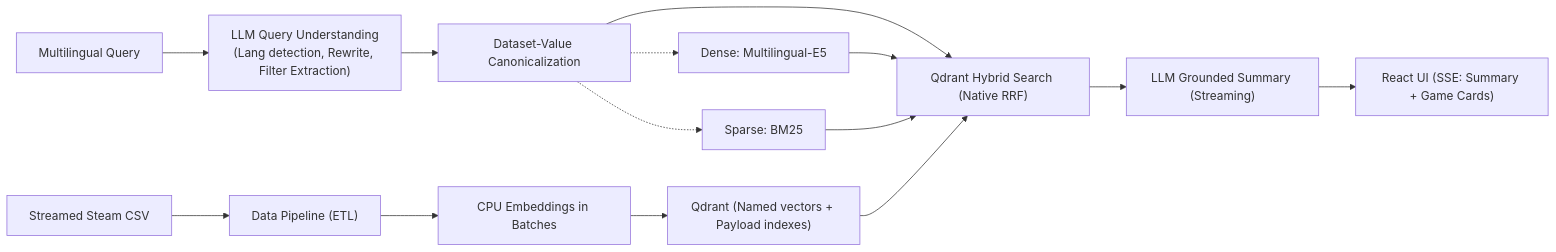
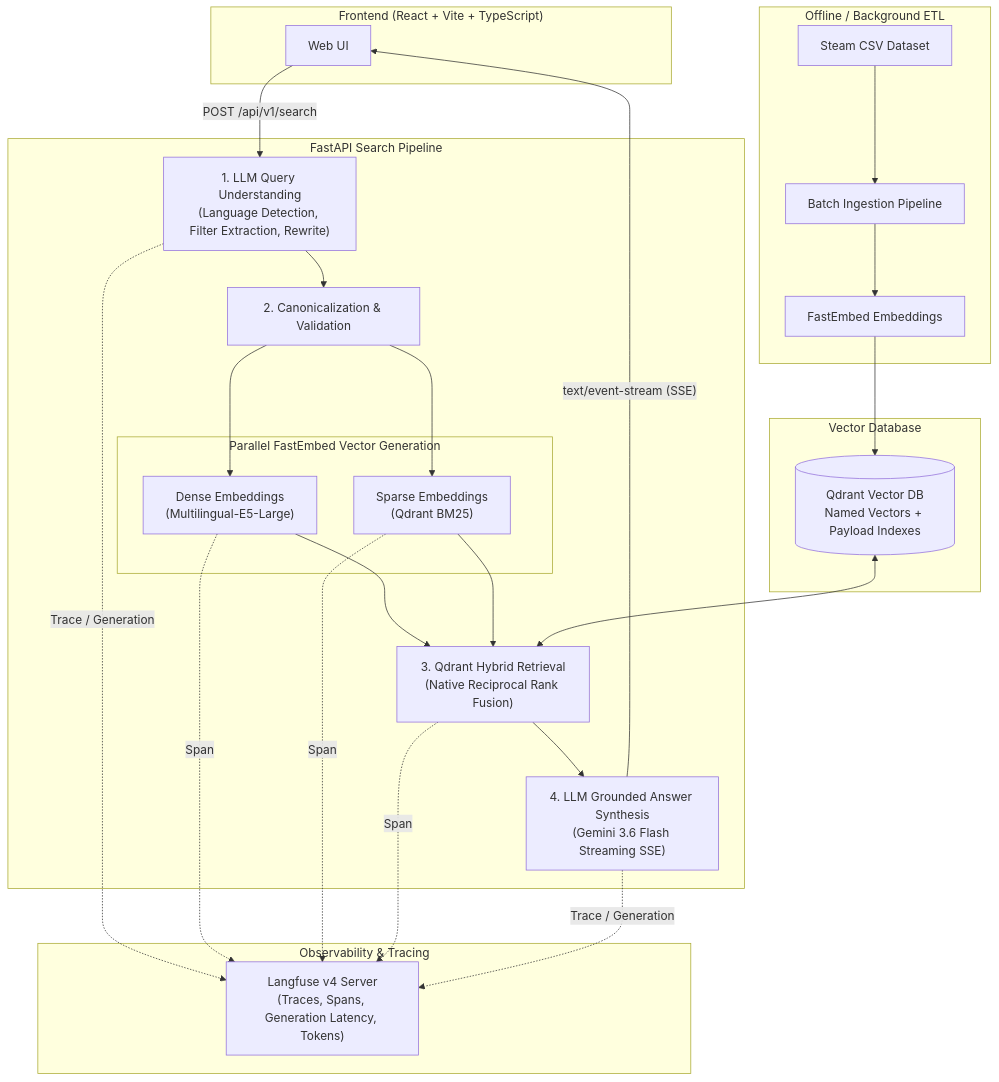
One commit to parovozUA/steam-games-rag changed the diagram in README.md. Above: the diagram before and after it, drawn with Mermaid. The commit also changed other lines of this file and 1 other file, not shown here.

Commit message:
docs: modernize README with observability, security evals, and add .env.example

````diff
--- a/README.md
+++ b/README.md
@@ -47,17 +52,49 @@
 ```mermaid
-flowchart LR
-  U["Multilingual Query"] --> Q["LLM Query Understanding<br/>(Lang detection, Rewrite, Filter Extraction)"]
-  Q --> C["Dataset-Value Canonicalization"]
-  C --> H["Qdrant Hybrid Search (Native RRF)"]
-  C -.-> D["Dense: Multilingual-E5"]
-  C -.-> B["Sparse: BM25"]
+flowchart TD
+  subgraph Client ["Frontend (React + Vite + TypeScript)"]
+    UI["Web UI"]
+  end
+
+  subgraph BackendLayer ["FastAPI Search Pipeline"]
+    Q["1. LLM Query Understanding<br/>(Language Detection, Filter Extraction, Rewrite)"]
+    C["2. Canonicalization & Validation"]
+    
+    subgraph Vectorization ["Parallel FastEmbed Vector Generation"]
+      D["Dense Embeddings<br/>(Multilingual-E5-Large)"]
+      B["Sparse Embeddings<br/>(Qdrant BM25)"]
+    end
+    
+    H["3. Qdrant Hybrid Retrieval<br/>(Native Reciprocal Rank Fusion)"]
+    R["4. LLM Grounded Answer Synthesis<br/>(Gemini 3.6 Flash Streaming SSE)"]
+  end
+
+  subgraph Storage ["Vector Database"]
+    V[("Qdrant Vector DB<br/>Named Vectors + Payload Indexes")]
+  end
+
+  subgraph Observability ["Observability & Tracing"]
+    LF["Langfuse v4 Server<br/>(Traces, Spans, Generation Latency, Tokens)"]
+  end
+
+  subgraph DataPipeline ["Offline / Background ETL"]
+    CSV["Steam CSV Dataset"] --> Ingest["Batch Ingestion Pipeline"]
+    Ingest --> E["FastEmbed Embeddings"]
+    E --> V
+  end
+
+  UI -- "POST /api/v1/search" --> Q
+  Q --> C
+  C --> D
+  C --> B
   D --> H
   B --> H
-  H --> R["LLM Grounded Summary (Streaming)"]
-  R --> A["React UI (SSE: Summary + Game Cards)"]
-  
-  CSV["Streamed Steam CSV"] --> N["Data Pipeline (ETL)"]
-  N --> E["CPU Embeddings in Batches"]
-  E --> V["Qdrant (Named vectors + Payload indexes)"]
-  V --> H
+  V <--> H
+  H --> R
+  R -- "text/event-stream (SSE)" --> UI
+
+  Q -. "Trace / Generation" .-> LF
+  D -. "Span" .-> LF
+  B -. "Span" .-> LF
+  H -. "Span" .-> LF
+  R -. "Trace / Generation" .-> LF
 ```
````
